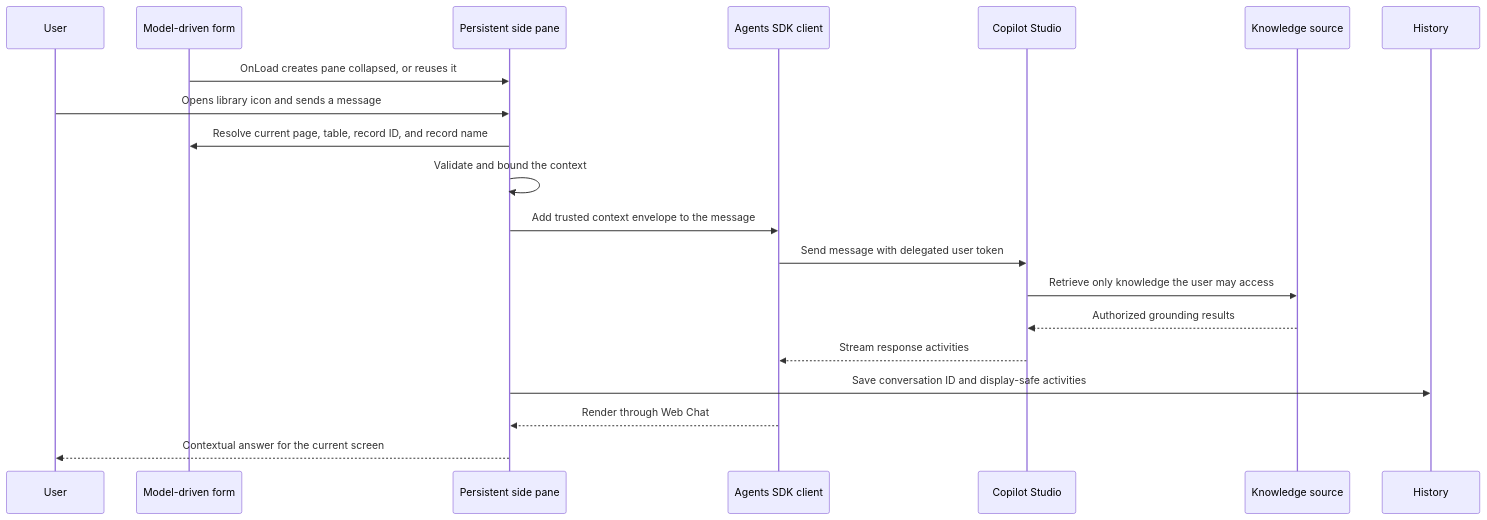
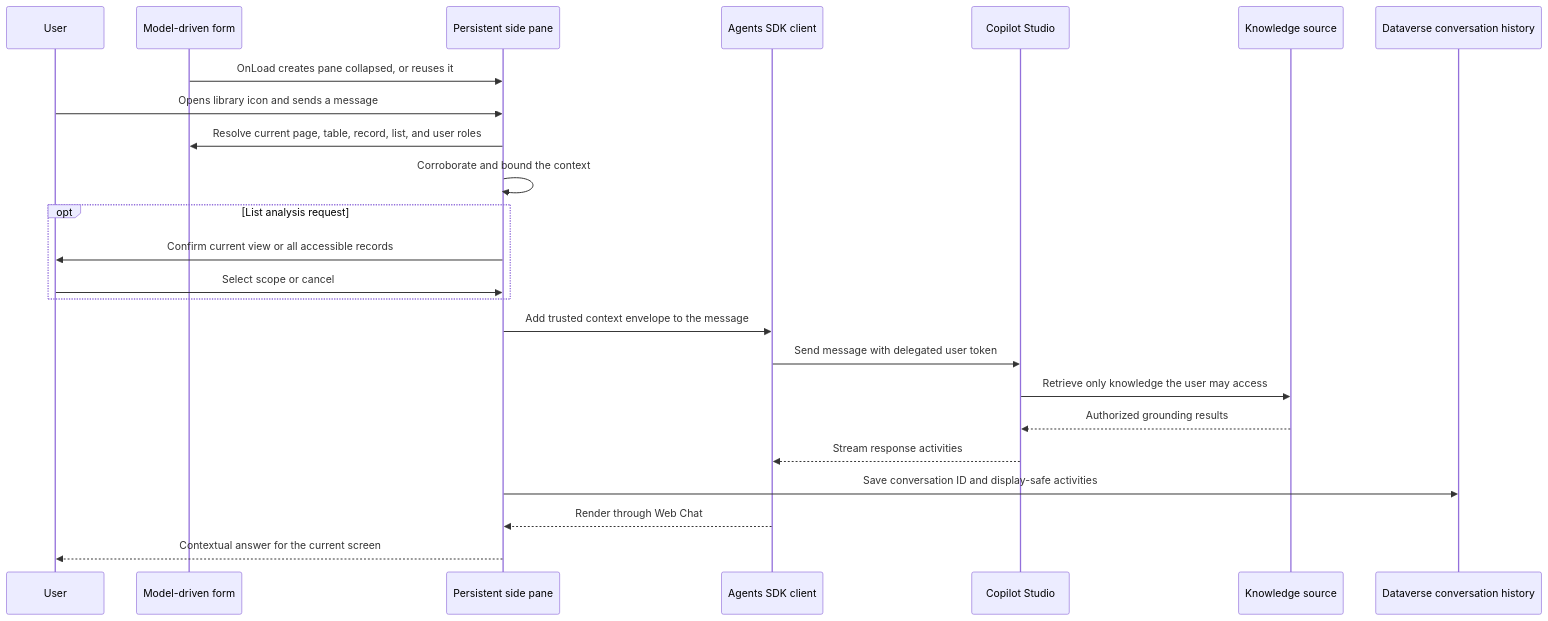
One commit to martycarreras-psnl/CopilotStudioAgentMDA changed the second of 2 diagrams in README.md. Above: the diagram before and after it, drawn with Mermaid. The commit also changed other lines of this file, not shown here.

````diff
--- a/README.md
+++ b/README.md
@@ -99,22 +159,27 @@
 ```mermaid
 sequenceDiagram
 	participant U as User
 	participant F as Model-driven form
 	participant P as Persistent side pane
 	participant A as Agents SDK client
 	participant C as Copilot Studio
 	participant K as Knowledge source
+	participant H as Dataverse conversation history
 
 	F->>P: OnLoad creates pane collapsed, or reuses it
 	U->>P: Opens library icon and sends a message
-	P->>F: Resolve current page, table, record ID, and record name
-	P->>P: Validate and bound the context
+	P->>F: Resolve current page, table, record, list, and user roles
+	P->>P: Corroborate and bound the context
+	opt List analysis request
+		P->>U: Confirm current view or all accessible records
+		U->>P: Select scope or cancel
+	end
 	P->>A: Add trusted context envelope to the message
 	A->>C: Send message with delegated user token
 	C->>K: Retrieve only knowledge the user may access
 	K-->>C: Authorized grounding results
 	C-->>A: Stream response activities
-	P->>History: Save conversation ID and display-safe activities
+	P->>H: Save conversation ID and display-safe activities
 	A-->>P: Render through Web Chat
 	P-->>U: Contextual answer for the current screen
 ```
````
